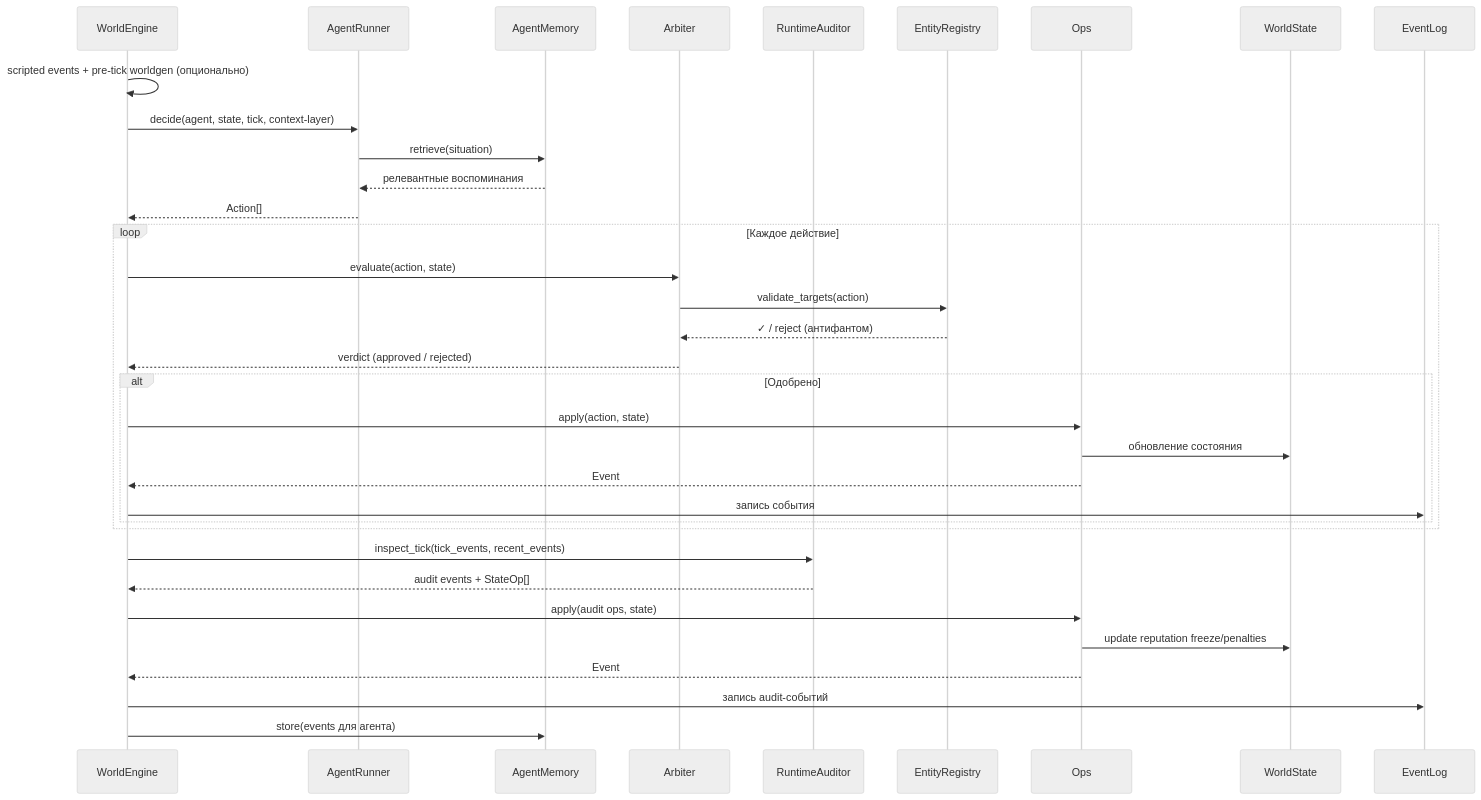
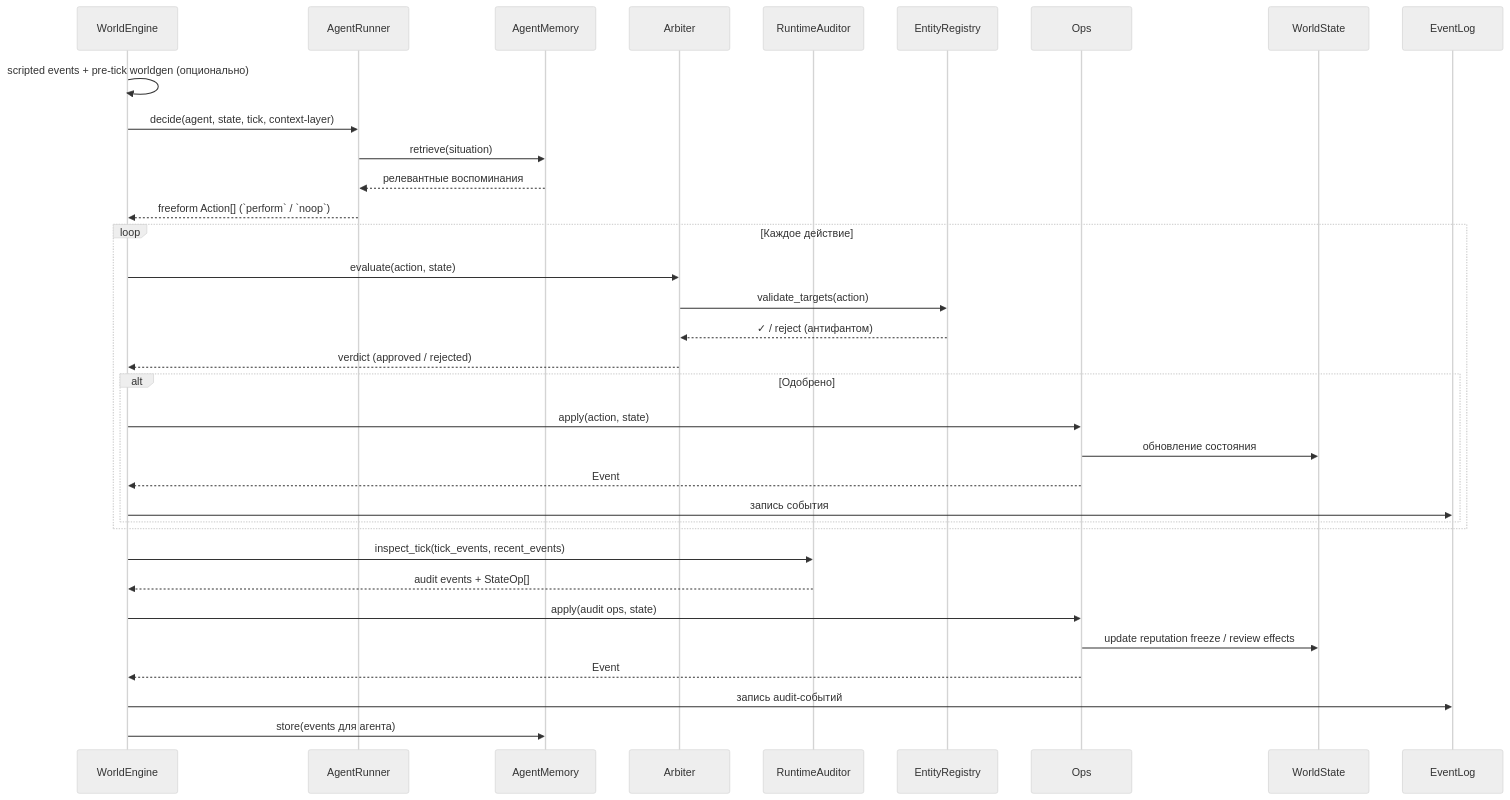
Before and after one commit to gliseop/SPHERE: the second of 3 diagrams in docs/architecture_guide.md, drawn with Mermaid (neutral theme). The commit also changed other lines of this file and 28 other files, not shown here.

````diff
--- a/docs/architecture_guide.md
+++ b/docs/architecture_guide.md
@@ -146,41 +149,41 @@
 ```mermaid
 sequenceDiagram
     participant E as WorldEngine
     participant A as AgentRunner
     participant M as AgentMemory
     participant Arb as Arbiter
     participant Aud as RuntimeAuditor
     participant Ent as EntityRegistry
     participant O as Ops
     participant S as WorldState
     participant EL as EventLog
 
     E->>E: scripted events + pre-tick worldgen (опционально)
     E->>A: decide(agent, state, tick, context-layer)
     A->>M: retrieve(situation)
     M-->>A: релевантные воспоминания
-    A-->>E: Action[]
+    A-->>E: freeform Action[] (`perform` / `noop`)
 
     loop Каждое действие
         E->>Arb: evaluate(action, state)
         Arb->>Ent: validate_targets(action)
         Ent-->>Arb: ✓ / reject (антифантом)
         Arb-->>E: verdict (approved / rejected)
 
         alt Одобрено
             E->>O: apply(action, state)
             O->>S: обновление состояния
             O-->>E: Event
             E->>EL: запись события
         end
     end
 
     E->>Aud: inspect_tick(tick_events, recent_events)
     Aud-->>E: audit events + StateOp[]
     E->>O: apply(audit ops, state)
-    O->>S: update reputation freeze/penalties
+    O->>S: update reputation freeze / review effects
     O-->>E: Event
     E->>EL: запись audit-событий
 
     E->>M: store(events для агента)
 ```
````
